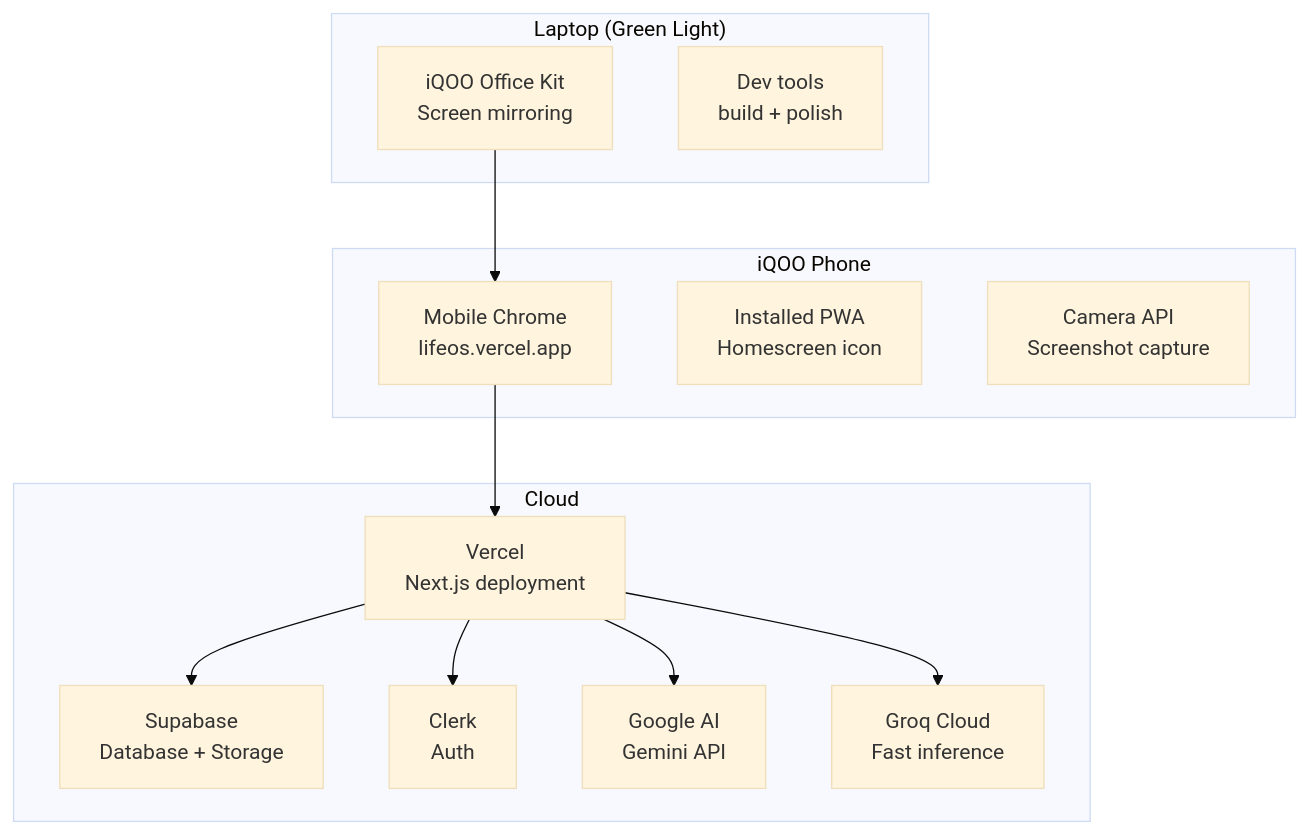
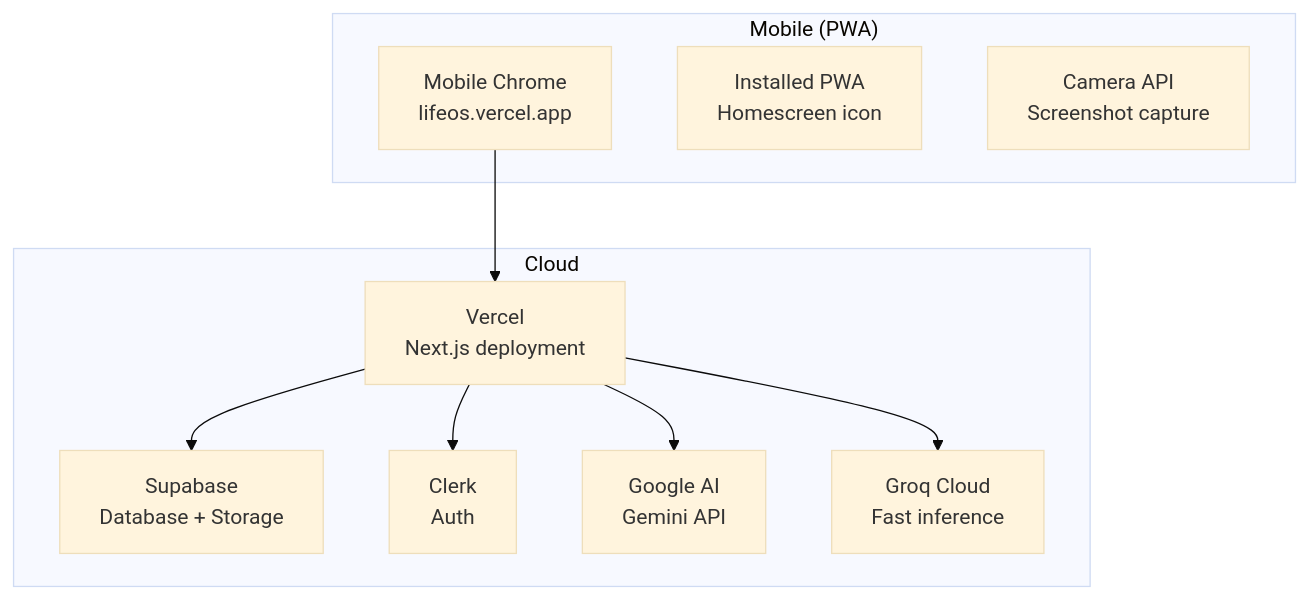
The fourth of 4 diagrams in docs/HLD.md (TuShArBhArDwA/LifeOS), drawn with Mermaid (base theme) before and after one commit. The commit also changed other lines of this file and 2 other files, not shown here.

````diff
--- a/docs/HLD.md
+++ b/docs/HLD.md
@@ -201,28 +186,22 @@
 ```mermaid
 graph TB
-    subgraph PHONE["iQOO Phone"]
+    subgraph PHONE["Mobile (PWA)"]
         CHROME["Mobile Chrome\nlifeos.vercel.app"]
         PWA["Installed PWA\nHomescreen icon"]
         CAM["Camera API\nScreenshot capture"]
-    end
-
-    subgraph LAPTOP["Laptop (Green Light)"]
-        OFFICE["iQOO Office Kit\nScreen mirroring"]
-        DEV["Dev tools\nbuild + polish"]
     end
 
     subgraph CLOUD["Cloud"]
         VERCEL["Vercel\nNext.js deployment"]
         SB["Supabase\nDatabase + Storage"]
         CLERK["Clerk\nAuth"]
         GEMINI["Google AI\nGemini API"]
         GROQ_C["Groq Cloud\nFast inference"]
     end
 
     CHROME --> VERCEL
-    OFFICE --> CHROME
     VERCEL --> SB
     VERCEL --> CLERK
     VERCEL --> GEMINI
     VERCEL --> GROQ_C
 ```
````
